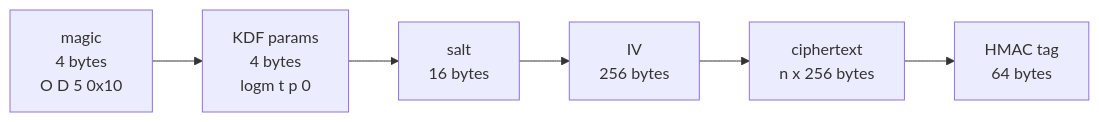
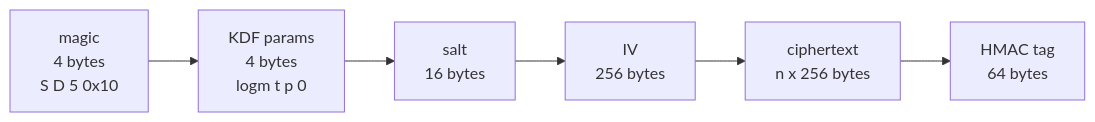
One commit to avw1ein/sillydes changed the eighth of 10 diagrams in STRUCTURE.md. Above: the diagram before and after it, drawn with Mermaid. The commit also changed 4 other files, not shown here.

````diff
--- a/STRUCTURE.md
+++ b/STRUCTURE.md
@@ -311,4 +311,4 @@
 ```mermaid
 flowchart LR
-    A["magic<br/>4 bytes<br/>O D 5 0x10"] --> B["KDF params<br/>4 bytes<br/>logm t p 0"] --> C["salt<br/>16 bytes"] --> D["IV<br/>256 bytes"] --> E["ciphertext<br/>n x 256 bytes"] --> F["HMAC tag<br/>64 bytes"]
+    A["magic<br/>4 bytes<br/>S D 5 0x10"] --> B["KDF params<br/>4 bytes<br/>logm t p 0"] --> C["salt<br/>16 bytes"] --> D["IV<br/>256 bytes"] --> E["ciphertext<br/>n x 256 bytes"] --> F["HMAC tag<br/>64 bytes"]
 ```
````
